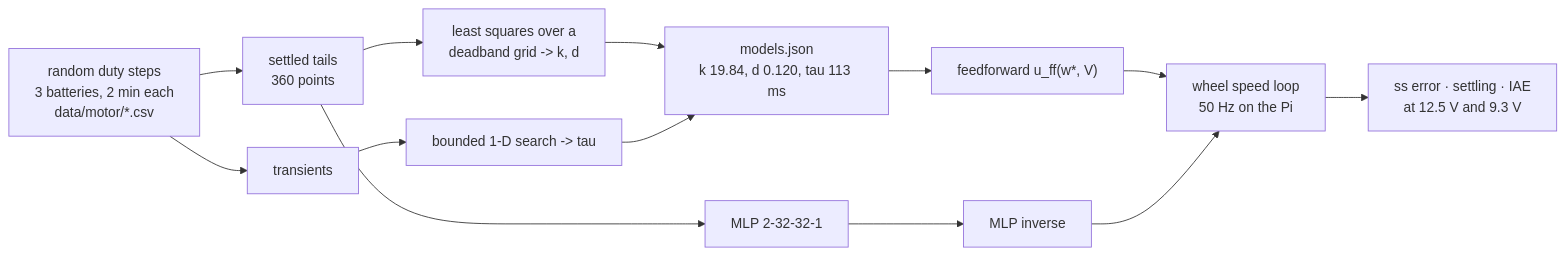
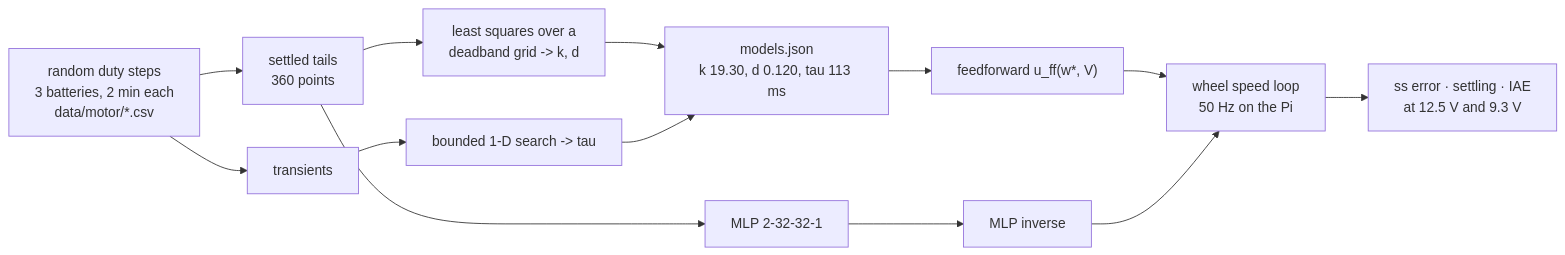
Before and after one commit to tal-giladi/robotics-course: the diagram in 16-machine-learning/16.05-learning-dynamics.md, drawn with Mermaid. The commit also changed other lines of this file and 55 other files, not shown here.

````diff
--- a/16-machine-learning/16.05-learning-dynamics.md
+++ b/16-machine-learning/16.05-learning-dynamics.md
@@ -224,15 +224,15 @@
 ```mermaid
 flowchart LR
   LOG["random duty steps<br/>3 batteries, 2 min each<br/>data/motor/*.csv"] --> STEADY["settled tails<br/>360 points"]
   LOG --> TRANS["transients"]
   STEADY --> LS["least squares over a<br/>deadband grid -> k, d"]
   TRANS --> TAU["bounded 1-D search -> tau"]
   STEADY --> MLP["MLP 2-32-32-1"]
-  LS --> MODEL["models.json<br/>k 19.84, d 0.120, tau 113 ms"]
+  LS --> MODEL["models.json<br/>k 19.30, d 0.120, tau 113 ms"]
   TAU --> MODEL
   MODEL --> FF["feedforward u_ff(w*, V)"]
   MLP --> FFN["MLP inverse"]
   FF --> LOOP["wheel speed loop<br/>50 Hz on the Pi"]
   FFN --> LOOP
   LOOP --> METRIC["ss error · settling · IAE<br/>at 12.5 V and 9.3 V"]
 ```
````
